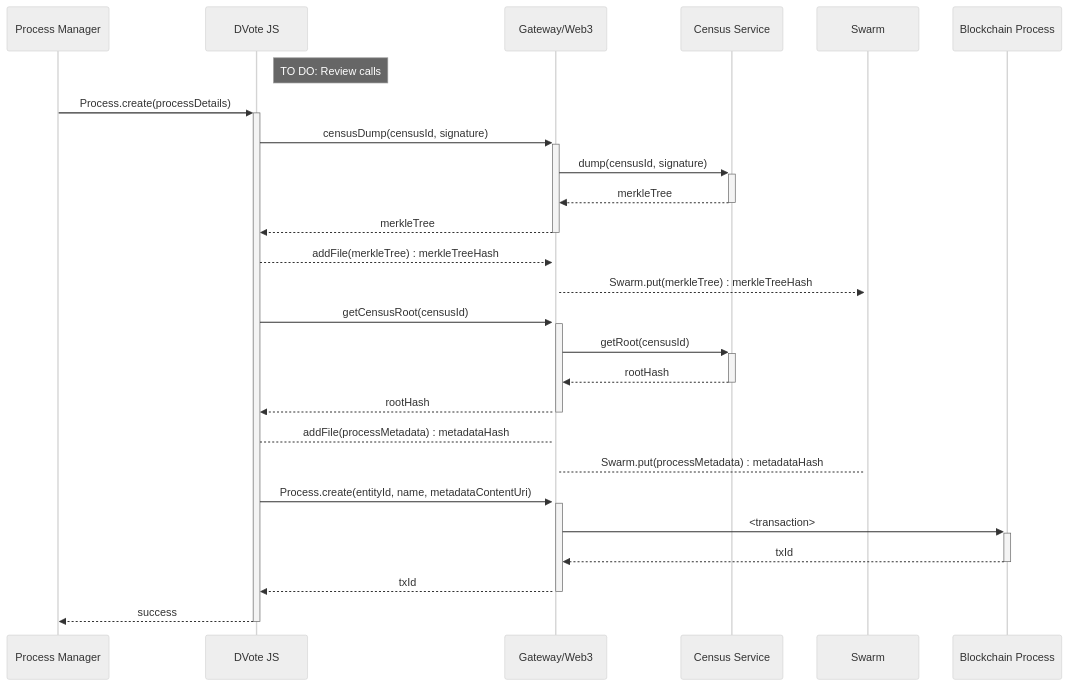
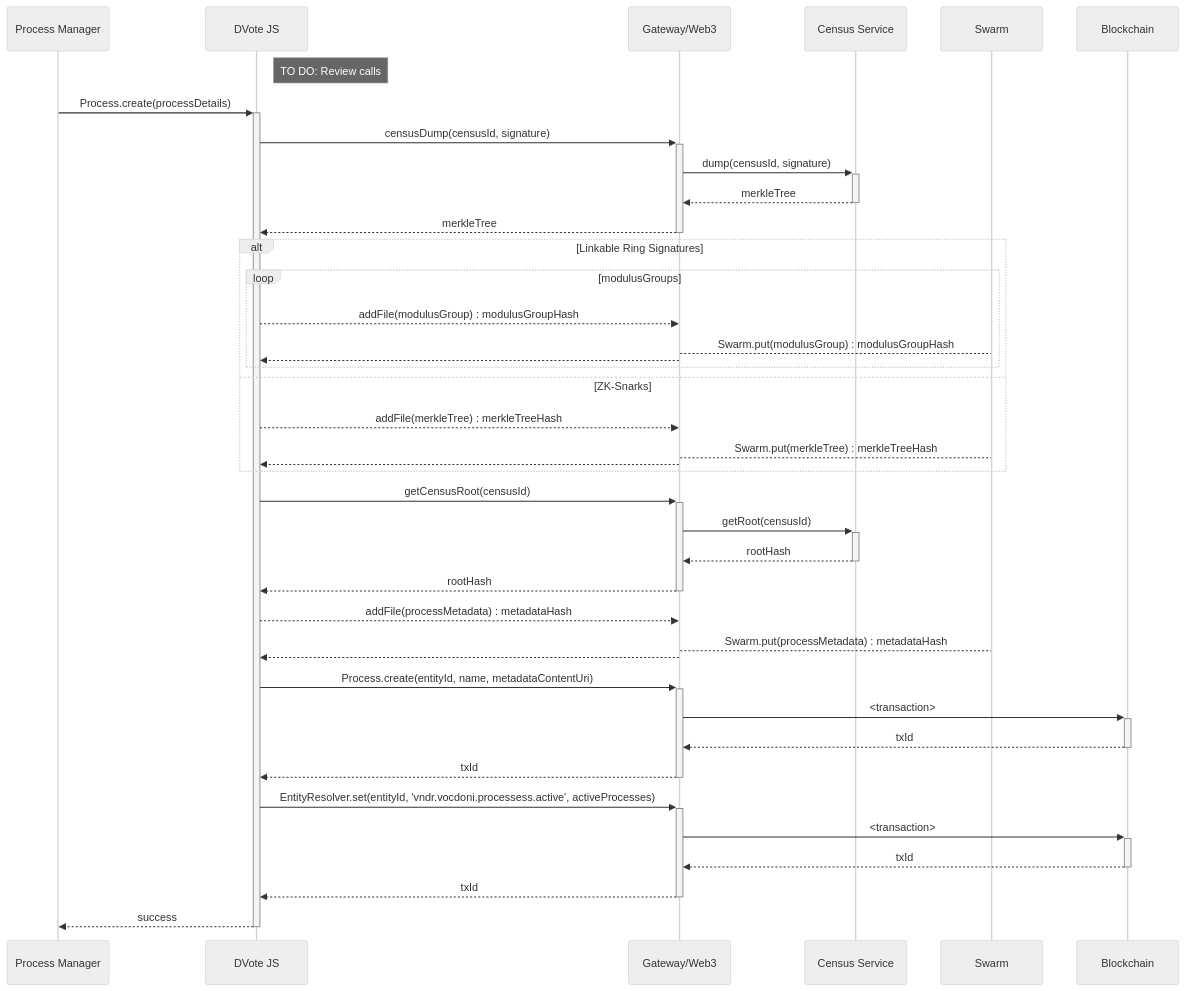
One commit to vocdoni/docs changed the sixth of 14 diagrams in docs/protocol/sequence-diagrams.md. Above: the diagram before and after it, drawn with Mermaid (neutral theme). The commit also changed other lines of this file, not shown here.

Commit message:
Seq diagrams WIP

````diff
--- a/docs/protocol/sequence-diagrams.md
+++ b/docs/protocol/sequence-diagrams.md
@@ -260,36 +260,51 @@
 ```mermaid
 sequenceDiagram
     participant PM as Process Manager
     participant DV as DVote JS
     participant GW as Gateway/Web3
     participant CS as Census Service
     participant SW as Swarm
-    participant BC as Blockchain Process
+    participant BC as Blockchain
 
     Note right of DV: TO DO: Review calls
 
     PM->>+DV: Process.create(processDetails)
 
         DV->>+GW: censusDump(censusId, signature)
-        GW->>+CS: dump(censusId, signature)
-        CS-->>-GW: merkleTree
+            GW->>+CS: dump(censusId, signature)
+            CS-->>-GW: merkleTree
         GW-->>-DV: merkleTree
 
-        DV-->>+GW: addFile(merkleTree) : merkleTreeHash
-        GW-->>+SW: Swarm.put(merkleTree) : merkleTreeHash
+        alt Linkable Ring Signatures
+            loop modulusGroups
+                DV-->>GW: addFile(modulusGroup) : modulusGroupHash
+                    GW-->SW: Swarm.put(modulusGroup) : modulusGroupHash
+                GW-->>DV: 
+            end
+        else ZK-Snarks
+            DV-->>GW: addFile(merkleTree) : merkleTreeHash
+                GW-->SW: Swarm.put(merkleTree) : merkleTreeHash
+            GW-->>DV: 
+        end
 
         DV->>+GW: getCensusRoot(censusId)
         GW->>+CS: getRoot(censusId)
         CS-->>-GW: rootHash
         GW-->>-DV: rootHash
 
-        DV-->GW: addFile(processMetadata) : metadataHash
-        GW-->SW: Swarm.put(processMetadata) : metadataHash
+        DV-->>GW: addFile(processMetadata) : metadataHash
+            GW-->SW: Swarm.put(processMetadata) : metadataHash
+        GW-->>DV: 
 
         DV->>+GW: Process.create(entityId, name, metadataContentUri)
             GW->>+BC: <transaction>
             BC-->>-GW: txId
         GW-->>-DV: txId
 
+        DV->>+GW: EntityResolver.set(entityId, 'vndr.vocdoni.processess.active', activeProcesses)
+            GW->>+BC: <transaction>
+            BC-->>-GW: txId
+        GW-->>-DV: txId
+
     DV-->>-PM: success
 ```
````
